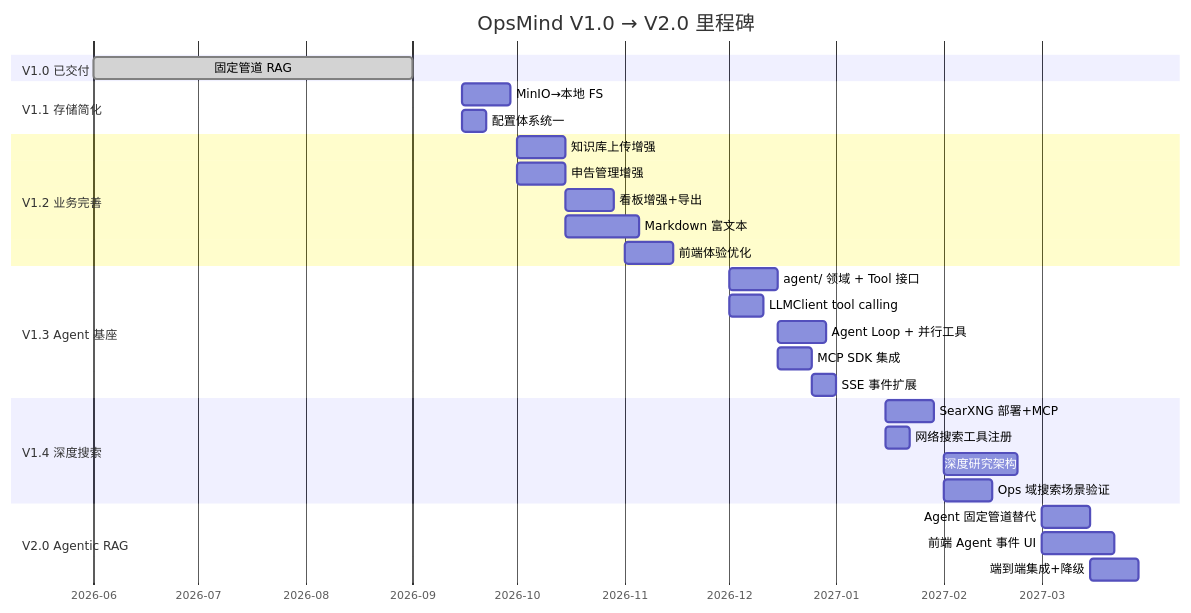
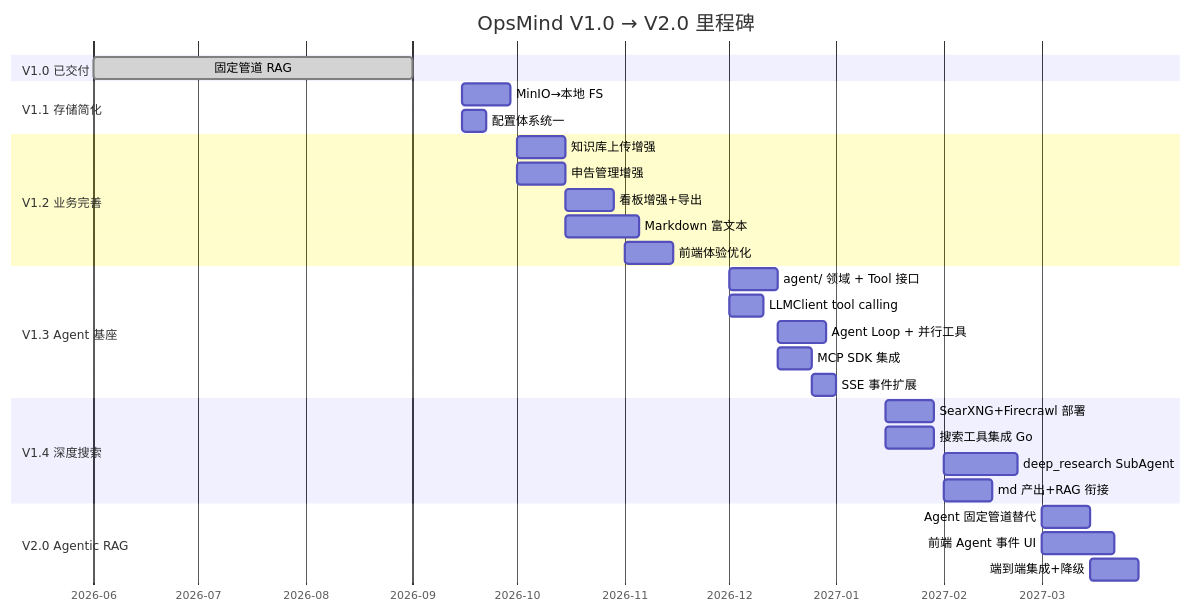
One commit to int2t05/Cognik changed diagram 11 of 11 in docs/ROADMAP.md. Above: the diagram before and after it, drawn with Mermaid. The commit also changed other lines of this file and 3 other files, not shown here.

First line of the commit message:
docs: main 文件清理 + ROADMAP V1.4 深度搜索工具链

````diff
--- a/docs/ROADMAP.md
+++ b/docs/ROADMAP.md
@@ -419,38 +484,38 @@
 ```mermaid
 gantt
     title OpsMind V1.0 → V2.0 里程碑
     dateFormat YYYY-MM-DD
     axisFormat %Y-%m
 
     section V1.0 已交付
     固定管道 RAG         :done, v1, 2026-06-01, 2026-09-01
 
     section V1.1 存储简化
     MinIO→本地 FS        :v11a, 2026-09-15, 14d
     配置体系统一          :v11b, 2026-09-15, 7d
 
     section V1.2 业务完善
     知识库上传增强        :v12a, 2026-10-01, 14d
     申告管理增强          :v12b, 2026-10-01, 14d
     看板增强+导出         :v12c, 2026-10-15, 14d
     Markdown 富文本       :v12d, 2026-10-15, 21d
     前端体验优化          :v12e, 2026-11-01, 14d
 
     section V1.3 Agent 基座
     agent/ 领域 + Tool 接口 :v13a, 2026-12-01, 14d
     LLMClient tool calling :v13b, 2026-12-01, 10d
     Agent Loop + 并行工具  :v13c, 2026-12-15, 14d
     MCP SDK 集成          :v13d, 2026-12-15, 10d
     SSE 事件扩展          :v13e, 2026-12-25, 7d
 
     section V1.4 深度搜索
-    SearXNG 部署+MCP     :v14a, 2027-01-15, 14d
-    网络搜索工具注册      :v14b, 2027-01-15, 7d
-    深度研究架构          :v14c, 2027-02-01, 21d
-    Ops 域搜索场景验证    :v14d, 2027-02-01, 14d
+    SearXNG+Firecrawl 部署  :v14a, 2027-01-15, 14d
+    搜索工具集成 Go        :v14b, 2027-01-15, 14d
+    deep_research SubAgent :v14c, 2027-02-01, 21d
+    md 产出+RAG 衔接        :v14d, 2027-02-01, 14d
 
     section V2.0 Agentic RAG
     Agent 固定管道替代    :v20a, 2027-03-01, 14d
     前端 Agent 事件 UI    :v20b, 2027-03-01, 21d
     端到端集成+降级       :v20c, 2027-03-15, 14d
 ```
````
